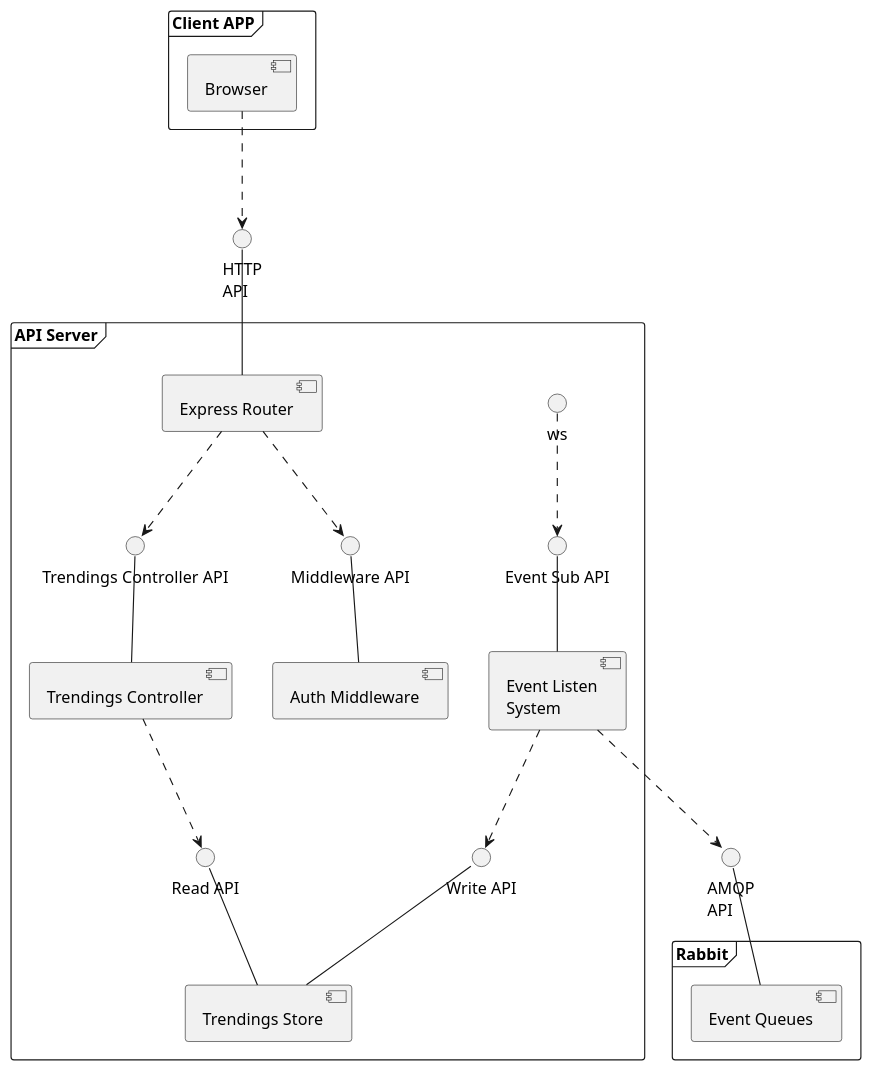
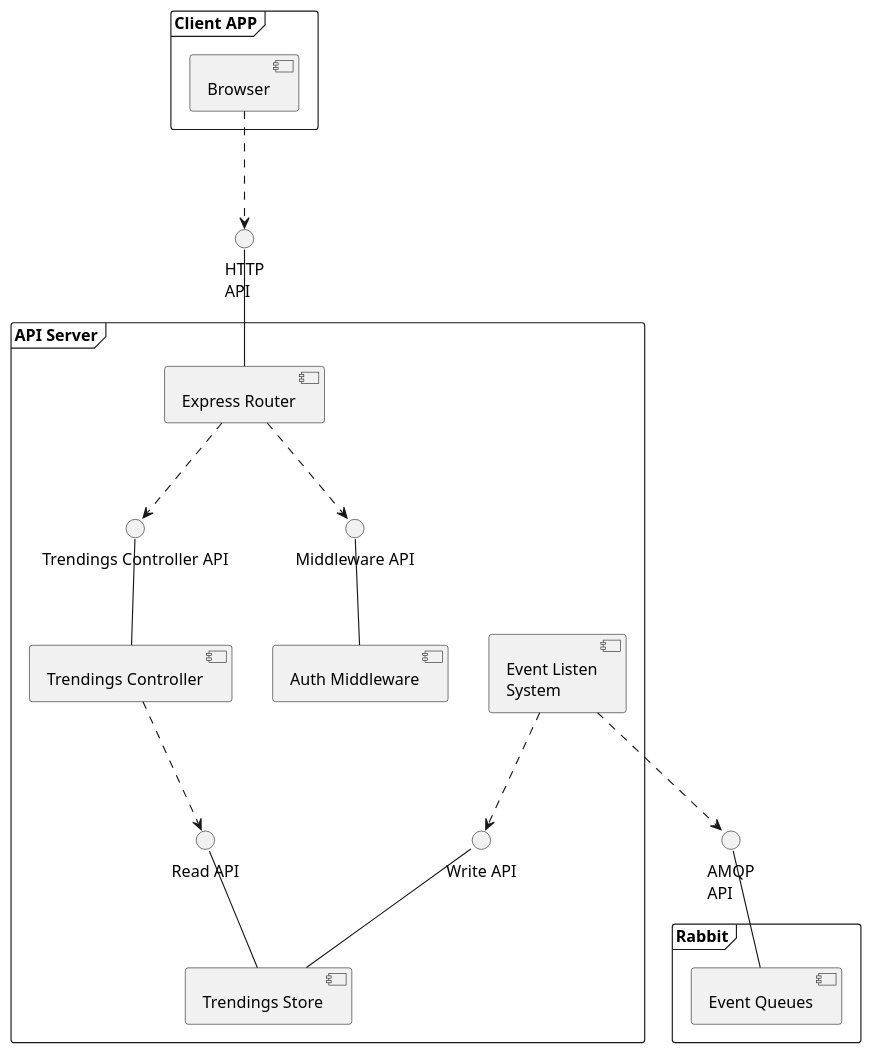
Before and after one commit to ahoy-app/documentation: the diagram in diagrams/components-metrics.pu, drawn with PlantUML. The commit also changed 8 other files, not shown here.

```diff
--- a/diagrams/components-metrics.pu
+++ b/diagrams/components-metrics.pu
@@ -1,57 +1,54 @@
 @startuml
 skinparam componentStyle uml2
 !pragma horizontalLineBetweenDifferentPackageAllowed
 
 frame "Client APP" {
 
   component "Browser" as br
 
 }
 
 
 interface "HTTP\nAPI" as httpapi
 br .down.> httpapi
 
 frame "API Server" {
 
   component "Express Router" as router
   router -up- httpapi
 
   component "Auth Middleware" as httpmddl
   interface "Middleware API" as httpmddlapi
   httpmddl -up- httpmddlapi
   httpmddlapi <.up. router
 
   component "Trendings Controller" as contr
   interface "Trendings Controller API" as capi
   contr -up- capi
   capi <.up. router
 
 
   component "Event Listen\nSystem" as evsub
-  interface "Event Sub API" as evsubapi
-  evsub -up- evsubapi
-  evsubapi <.up. ws
 
   component "Trendings Store" as trending
   interface "Read API" as trendapir
   interface "Write API" as trendapiw
   trending -up- trendapir
   trending -up- trendapiw
   trendapir <.up. contr
   trendapiw <.up. evsub
 
 }
 
 
 interface "AMQP\nAPI" as evapi
 evsub .down.> evapi
 
 frame "Rabbit" {
 
   component "Event Queues" as evstore
   evstore -up- evapi
 
 }
 
 @enduml
```
